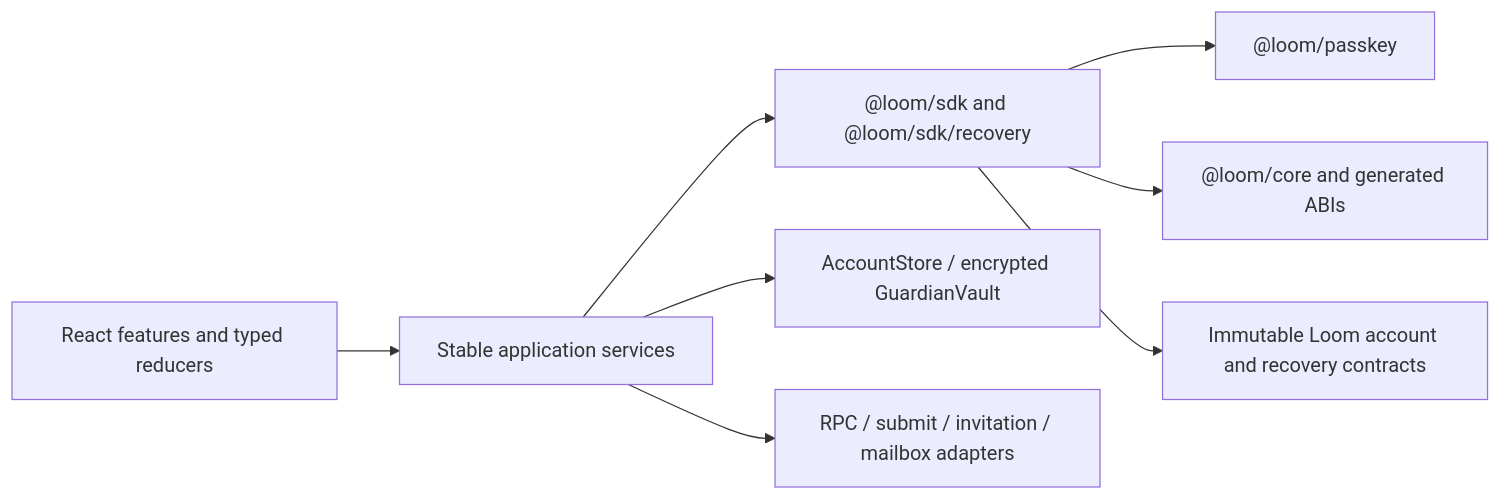
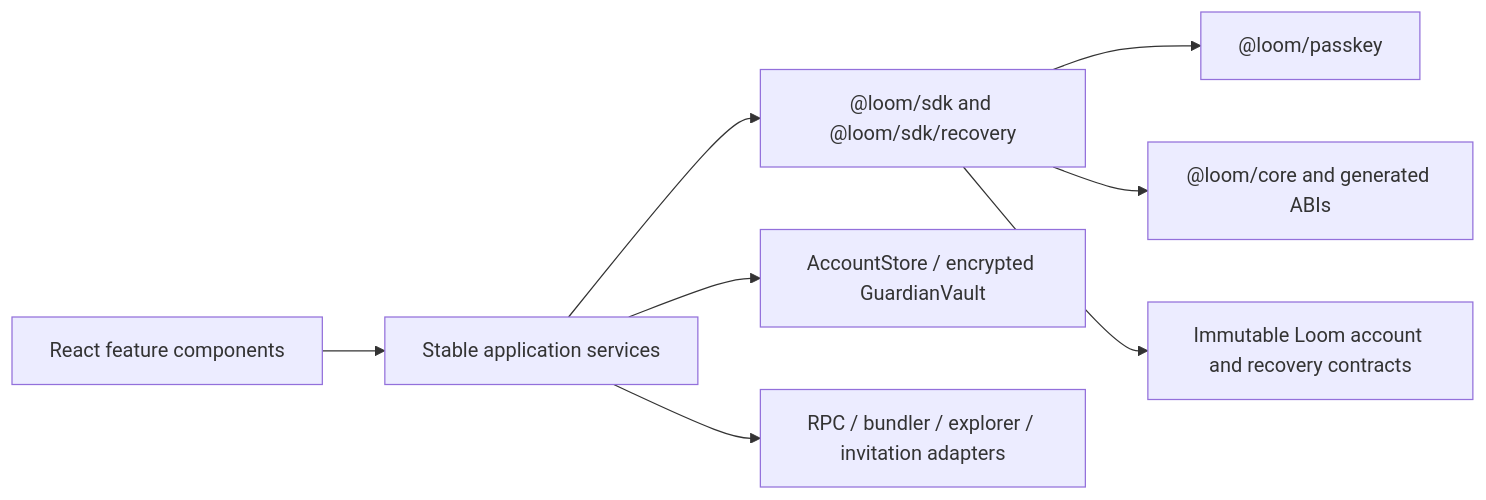
The first of 8 diagrams in examples/passkey-wallet-web/README.md (emirongrr/loom), drawn with Mermaid before and after one commit. The commit also changed other lines of this file and 20 other files, not shown here.

````diff
--- a/examples/passkey-wallet-web/README.md
+++ b/examples/passkey-wallet-web/README.md
@@ -18,10 +18,10 @@
 ```mermaid
 flowchart LR
-  UI["React features and typed reducers"] --> Services["Stable application services"]
+  UI["React feature components"] --> Services["Stable application services"]
   Services --> SDK["@loom/sdk and @loom/sdk/recovery"]
   SDK --> Passkey["@loom/passkey"]
   SDK --> Core["@loom/core and generated ABIs"]
   Services --> Store["AccountStore / encrypted GuardianVault"]
-  Services --> Transport["RPC / submit / invitation / mailbox adapters"]
+  Services --> Transport["RPC / bundler / explorer / invitation adapters"]
   SDK --> Chain["Immutable Loom account and recovery contracts"]
 ```
````
